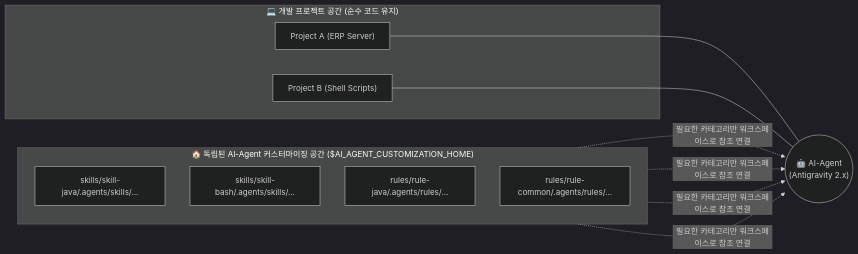
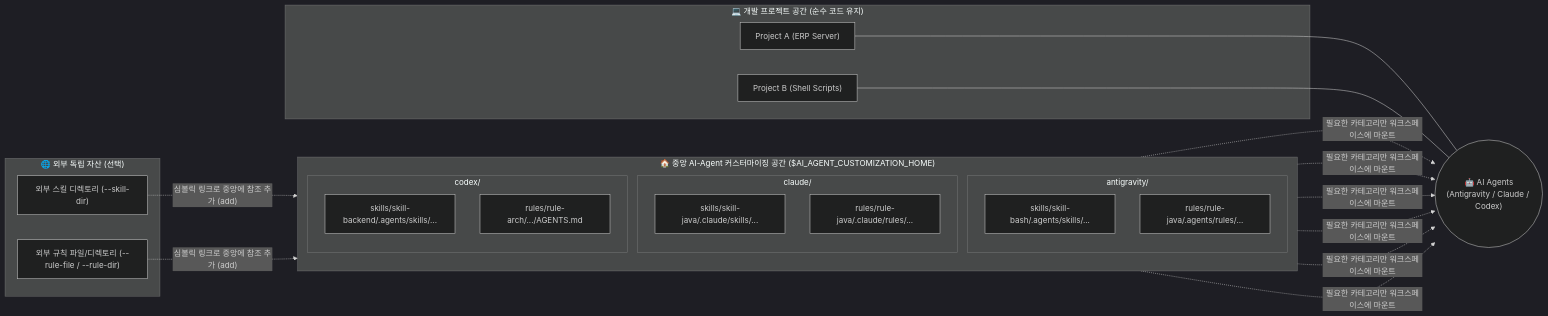
One commit to parkjunhong/shellscripts changed the diagram in ai-agent/asr-cli/PURPOSE.md. Above: the diagram before and after it, drawn with Mermaid (dark theme). The commit also changed other lines of this file, not shown here.

Commit message:
'asr-cli' 도입목적 최신화

````diff
--- a/ai-agent/asr-cli/PURPOSE.md
+++ b/ai-agent/asr-cli/PURPOSE.md
@@ -30,20 +37,34 @@
 ```mermaid
 flowchart LR
   subgraph DEV["💻 개발 프로젝트 공간 (순수 코드 유지)"]
     P1["Project A (ERP Server)"]
     P2["Project B (Shell Scripts)"]
   end
 
-  subgraph ASR["🏠 독립된 AI-Agent 커스터마이징 공간 ($AI_AGENT_CUSTOMIZATION_HOME)"]
+  subgraph ASR["🏠 중앙 AI-Agent 커스터마이징 공간 ($AI_AGENT_CUSTOMIZATION_HOME)"]
     direction TB
-    S1["skills/skill-java/.agents/skills/..."]
-    S2["skills/skill-bash/.agents/skills/..."]
-    R1["rules/rule-java/.agents/rules/..."]
-    R2["rules/rule-common/.agents/rules/..."]
+    subgraph AGY["antigravity/"]
+      A_S["skills/skill-bash/.agents/skills/..."]
+      A_R["rules/rule-java/.agents/rules/..."]
+    end
+    subgraph CLAUDE["claude/"]
+      C_S["skills/skill-java/.claude/skills/..."]
+      C_R["rules/rule-java/.claude/rules/..."]
+    end
+    subgraph CODEX["codex/"]
+      X_S["skills/skill-backend/.agents/skills/..."]
+      X_R["rules/rule-arch/.../AGENTS.md"]
+    end
   end
 
-  AGENT(("🤖 AI-Agent\n(Antigravity 2.x)"))
+  subgraph EXT["🌐 외부 독립 자산 (선택)"]
+    E1["외부 스킬 디렉토리 (--skill-dir)"]
+    E2["외부 규칙 파일/디렉토리 (--rule-file / --rule-dir)"]
+  end
+
+  AGENT(("🤖 AI Agents\n(Antigravity / Claude / Codex)"))
 
   P1 & P2 --- AGENT
-  S1 & S2 & R1 & R2 -. "필요한 카테고리만 워크스페이스로 참조 연결" .-> AGENT
+  A_S & A_R & C_S & C_R & X_S & X_R -. "필요한 카테고리만 워크스페이스에 마운트" .-> AGENT
+  E1 & E2 -. "심볼릭 링크로 중앙에 참조 추가 (add)" .-> ASR
 ```
````
